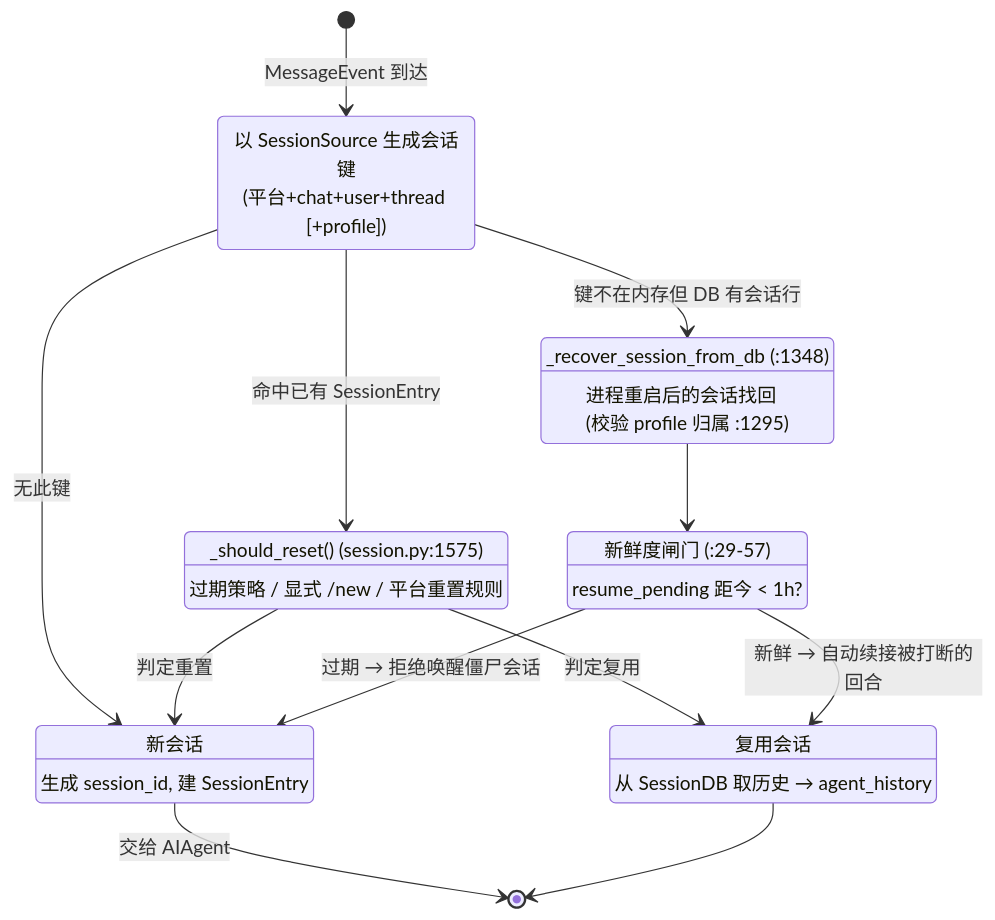
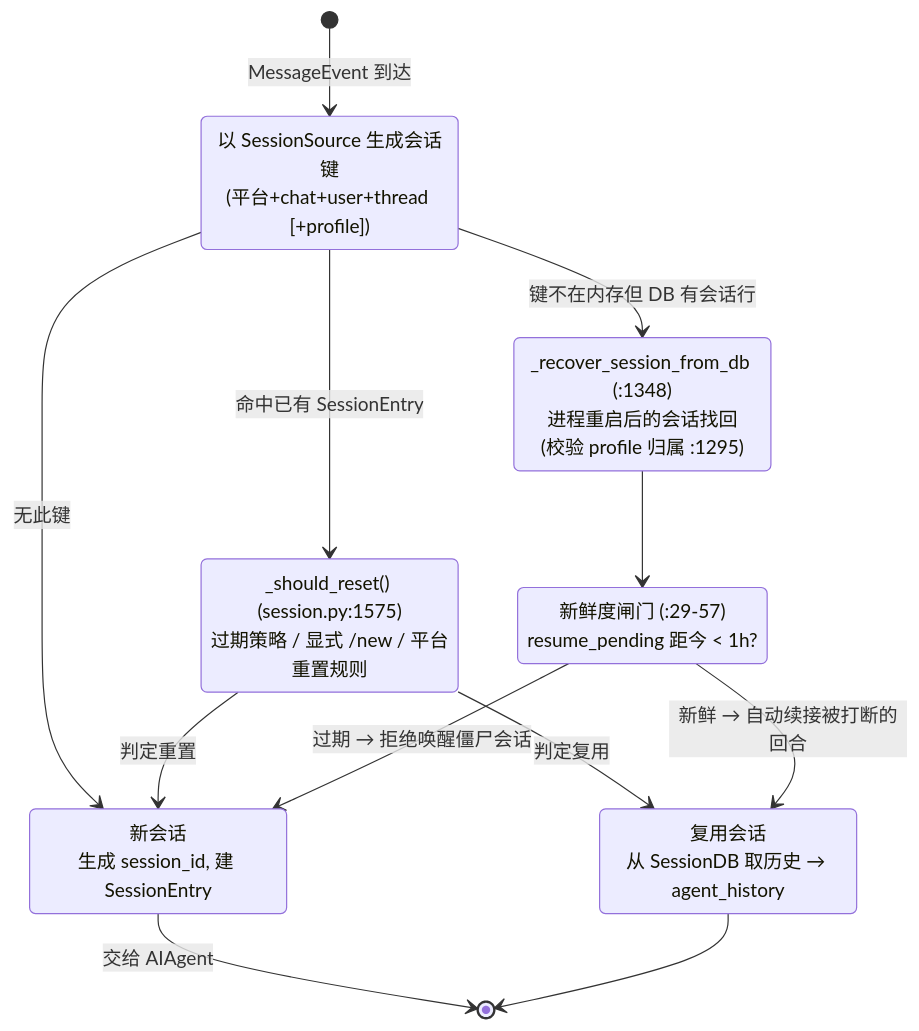
The second of 2 diagrams in devDocs/04-网关与多平台会话路由.md (sanshi2018/hermes-agent), drawn with Mermaid before and after one commit.

````diff
--- a/devDocs/04-网关与多平台会话路由.md
+++ b/devDocs/04-网关与多平台会话路由.md
@@ -57,31 +57,26 @@
 ```mermaid
 stateDiagram-v2
     [*] --> KeyLookup: MessageEvent 到达
-    KeyLookup: 以 SessionSource 生成会话键<br/>(平台+chat+user+thread [+profile])
+
+    state "以 SessionSource 生成会话键<br/>(平台+chat+user+thread [+profile])" as KeyLookup
+    state "_should_reset() (session.py:1575)<br/>过期策略 / 显式 /new / 平台重置规则" as ResetCheck
+    state "新会话<br/>生成 session_id, 建 SessionEntry" as New
+    state "复用会话<br/>从 SessionDB 取历史 → agent_history" as Reuse
+    state "_recover_session_from_db (:1348)<br/>进程重启后的会话找回<br/>(校验 profile 归属 :1295)" as Recover
+    state "新鲜度闸门 (:29-57)<br/>resume_pending 距今 < 1h?" as ZombieGate
 
     KeyLookup --> New: 无此键
     KeyLookup --> ResetCheck: 命中已有 SessionEntry
+    KeyLookup --> Recover: 键不在内存但 DB 有会话行
 
-    ResetCheck: _should_reset() (session.py:1575)
-    ResetCheck: 过期策略 / 显式 /new / 平台重置规则
     ResetCheck --> New: 判定重置
     ResetCheck --> Reuse: 判定复用
 
-    New: 新会话
-    New: 生成 session_id, 建 SessionEntry
-    Reuse: 复用会话
-    Reuse: 从 SessionDB 取历史 → agent_history
-
-    KeyLookup --> Recover: 键不在内存但 DB 有会话行
-    Recover: _recover_session_from_db (:1348)
-    Recover: 进程重启后的会话找回<br/>(校验 profile 归属 :1295)
     Recover --> ZombieGate
 
-    ZombieGate: 新鲜度闸门 (:29-57)
-    ZombieGate: resume_pending 距今 < 1h?
     ZombieGate --> Reuse: 新鲜 → 自动续接被打断的回合
     ZombieGate --> New: 过期 → 拒绝唤醒僵尸会话
 
     New --> [*]: 交给 AIAgent
     Reuse --> [*]
 ```
````
